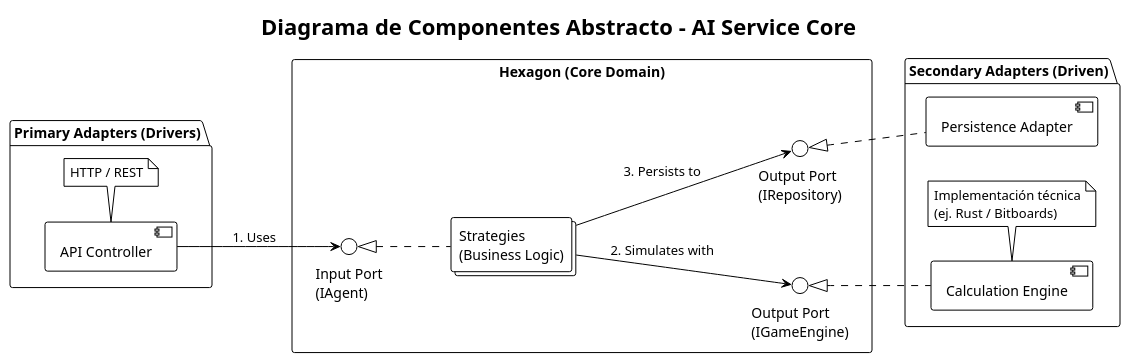
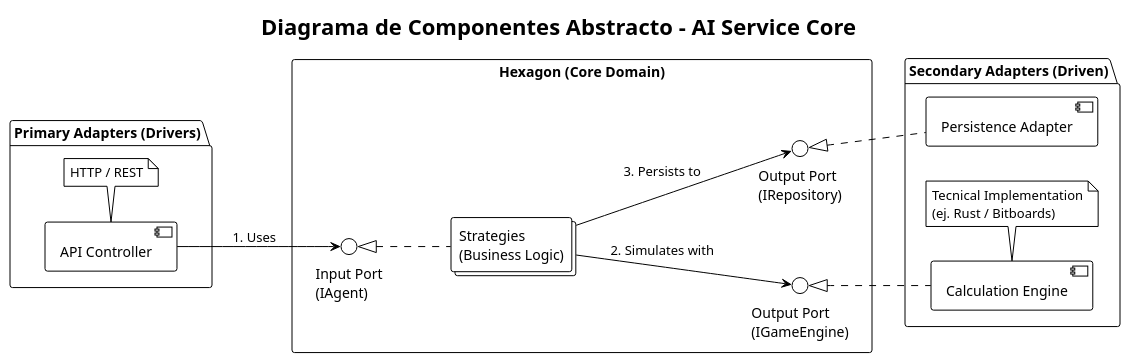
Before and after one commit to V-enekoder/ColorWars: the diagram in docs/01-architecture/03.1-components-ai-service.md, drawn with PlantUML. The commit also changed 5 other files, not shown here.

Commit message:
fix: added containers diagram and translate a phrase on ai service component

```diff
--- a/docs/01-architecture/03.1-components-ai-service.md
+++ b/docs/01-architecture/03.1-components-ai-service.md
@@ -1,67 +1,67 @@
 @startuml
 !theme plain
 skinparam componentStyle uml2
 ' Esta instrucción fuerza el diseño horizontal (Izquierda a Derecha)
 left to right direction
 
 title Diagrama de Componentes Abstracto - AI Service Core
 
 ' ==========================================
 ' ZONA IZQUIERDA: CONDUCTORES (DRIVERS)
 ' Quien inicia la petición
 ' ==========================================
 package "Primary Adapters (Drivers)" {
     component [API Controller] as API
     note bottom of API: HTTP / REST
 }
 
 ' ==========================================
 ' ZONA CENTRAL: EL HEXÁGONO (DOMINIO)
 ' Lógica pura y abstracciones
 ' ==========================================
 rectangle "Hexagon (Core Domain)" {
     
     ' Puerto de Entrada (Al borde izquierdo del hexágono)
     interface "Input Port\n(IAgent)" as IInput
     
     ' Lógica de Negocio (Centro)
     ' "collections" indica que hay varias (Minimax, PPO, etc.)
     collections "Strategies\n(Business Logic)" as Strategies
     
     ' Puertos de Salida (Al borde derecho del hexágono)
     interface "Output Port\n(IGameEngine)" as IEnginePort
     interface "Output Port\n(IRepository)" as IRepoPort
 }
 
 ' ==========================================
 ' ZONA DERECHA: INFRAESTRUCTURA (DRIVEN)
 ' Herramientas que el dominio necesita
 ' ==========================================
 package "Secondary Adapters (Driven)" {
     component [Calculation Engine] as EngineImpl
     component [Persistence Adapter] as DBImpl
     
-    note bottom of EngineImpl: Implementación técnica\n(ej. Rust / Bitboards)
+    note bottom of EngineImpl: Tecnical Implementation\n(ej. Rust / Bitboards)
 }
 
 ' ==========================================
 ' RELACIONES Y FLUJO
 ' ==========================================
 
 ' 1. Entrada: El API usa la interfaz de entrada
 API --> IInput : " 1. Uses"
 
 ' 2. Conexión Interna: Las Estrategias implementan la entrada
 ' (La flecha punteada significa 'implements')
 Strategies .up.|> IInput
 
 ' 3. Uso Interno: Las Estrategias usan las interfaces de salida
 Strategies --> IEnginePort : " 2. Simulates with"
 Strategies --> IRepoPort : " 3. Persists to"
 
 ' 4. Salida: La infraestructura implementa las interfaces de salida
 ' (Inversión de dependencias: La flecha va de la infraestructura hacia el dominio)
 EngineImpl .up.|> IEnginePort
 DBImpl .up.|> IRepoPort
 
 @enduml
```
